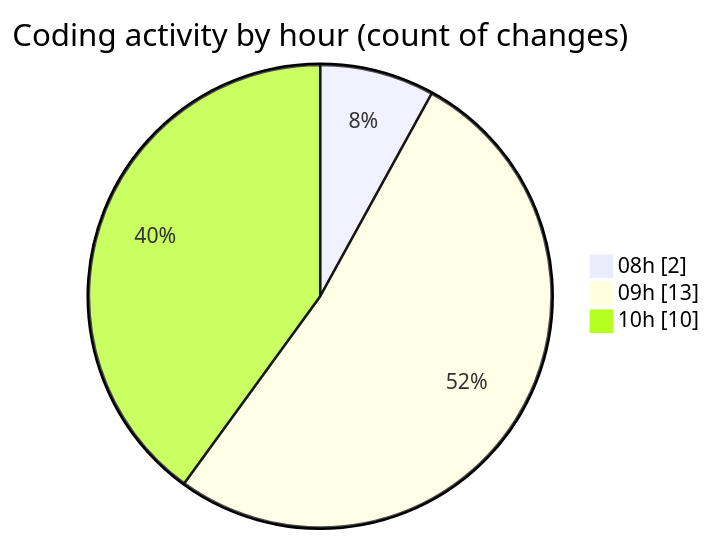
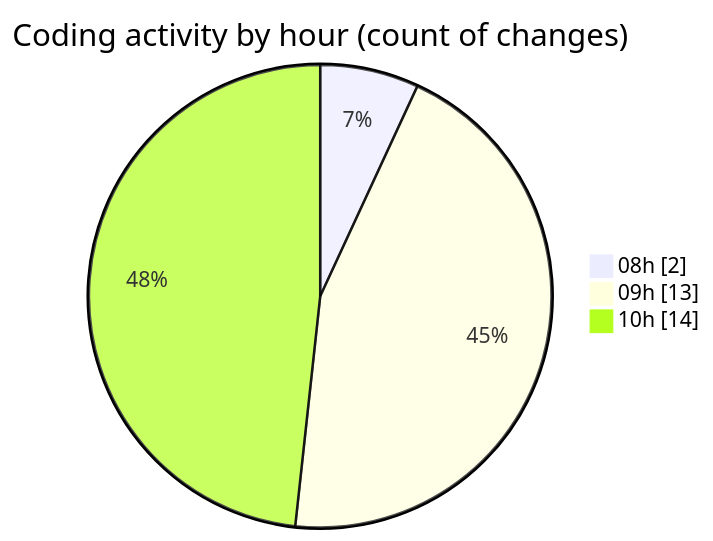
One commit to LanceThiago/code-tracking changed the second of 2 diagrams in 2025-03-26/kml/README.md. Above: the diagram before and after it, drawn with Mermaid. The commit also changed other lines of this file and 1 other file, not shown here.

````diff
--- a/2025-03-26/kml/README.md
+++ b/2025-03-26/kml/README.md
@@ -32,7 +32,7 @@
 ```mermaid
 pie showData
 title Coding activity by hour (count of changes)
 "08h" : 2
 "09h" : 13
-"10h" : 10
+"10h" : 14
 ```
````
